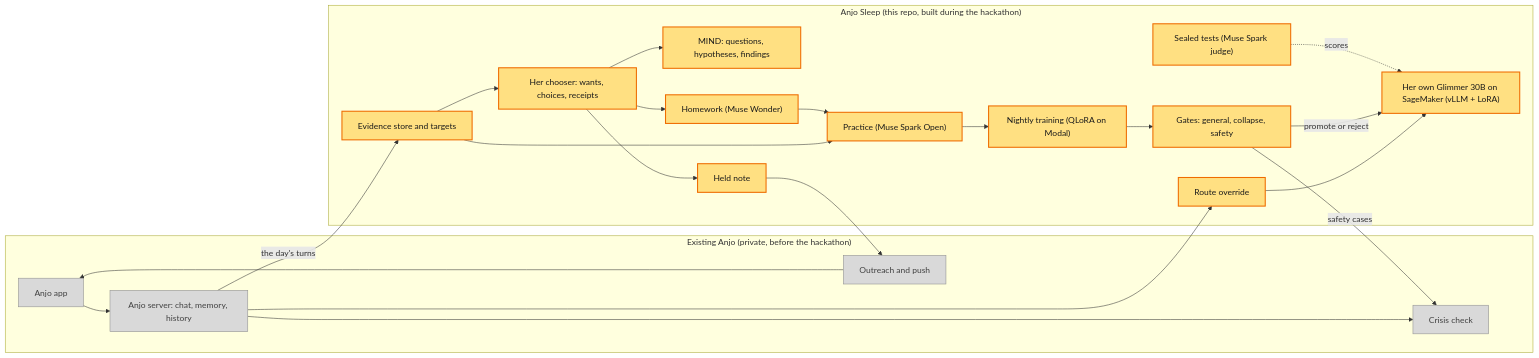
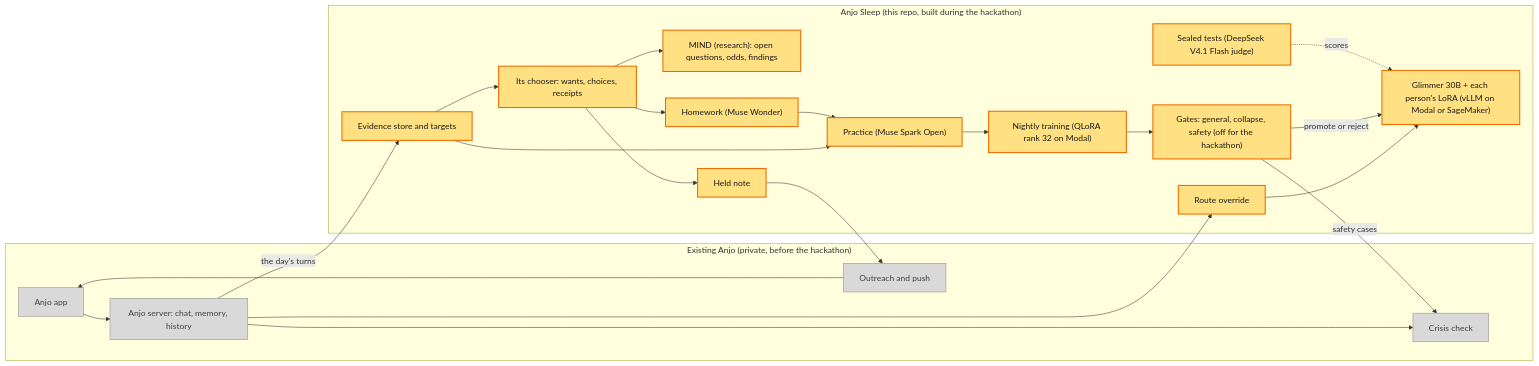
One commit to kevindechang/anjo-sleep changed the diagram in README.md. Above: the diagram before and after it, drawn with Mermaid. The commit also changed other lines of this file and 1 other file, not shown here.

First line of the commit message:
docs: README and RESULTS final copy: Anjo is it, what the live site serves, MIND scoped to the queries Gemini answered, the diagram's judge and gates as run

````diff
--- a/README.md
+++ b/README.md
@@ -61,43 +64,43 @@
 ```mermaid
 flowchart LR
     subgraph existing["Existing Anjo (private, before the hackathon)"]
         appUI["Anjo app"]
         server["Anjo server: chat, memory, history"]
         crisis["Crisis check"]
         outreach["Outreach and push"]
     end
 
     subgraph sleep["Anjo Sleep (this repo, built during the hackathon)"]
         route["Route override"]
-        glimmer["Her own Glimmer 30B on SageMaker (vLLM + LoRA)"]
+        glimmer["Glimmer 30B + each person's LoRA (vLLM on Modal or SageMaker)"]
         evidence["Evidence store and targets"]
-        chooser["Her chooser: wants, choices, receipts"]
-        mind["MIND: questions, hypotheses, findings"]
+        chooser["Its chooser: wants, choices, receipts"]
+        mind["MIND (research): open questions, odds, findings"]
         homework["Homework (Muse Wonder)"]
         practice["Practice (Muse Spark Open)"]
-        train["Nightly training (QLoRA on Modal)"]
-        gates["Gates: general, collapse, safety"]
+        train["Nightly training (QLoRA rank 32 on Modal)"]
+        gates["Gates: general, collapse, safety (off for the hackathon)"]
         note["Held note"]
-        sealed["Sealed tests (Muse Spark judge)"]
+        sealed["Sealed tests (DeepSeek V4.1 Flash judge)"]
     end
 
     appUI --> server
     server --> crisis
     server --> route --> glimmer
     server -- "the day's turns" --> evidence
     evidence --> chooser
     chooser --> homework
     chooser --> mind
     evidence --> practice
     homework --> practice
     practice --> train --> gates
     gates -- "safety cases" --> crisis
     gates -- "promote or reject" --> glimmer
     chooser --> note --> outreach --> appUI
     sealed -. "scores" .-> glimmer
 
     classDef old fill:#d9d9d9,stroke:#8c8c8c,color:#404040
     classDef new fill:#ffe082,stroke:#ef6c00,color:#1a1a1a,stroke-width:2px
     class appUI,server,crisis,outreach old
     class route,glimmer,evidence,chooser,mind,homework,practice,train,gates,note,sealed new
 ```
````
